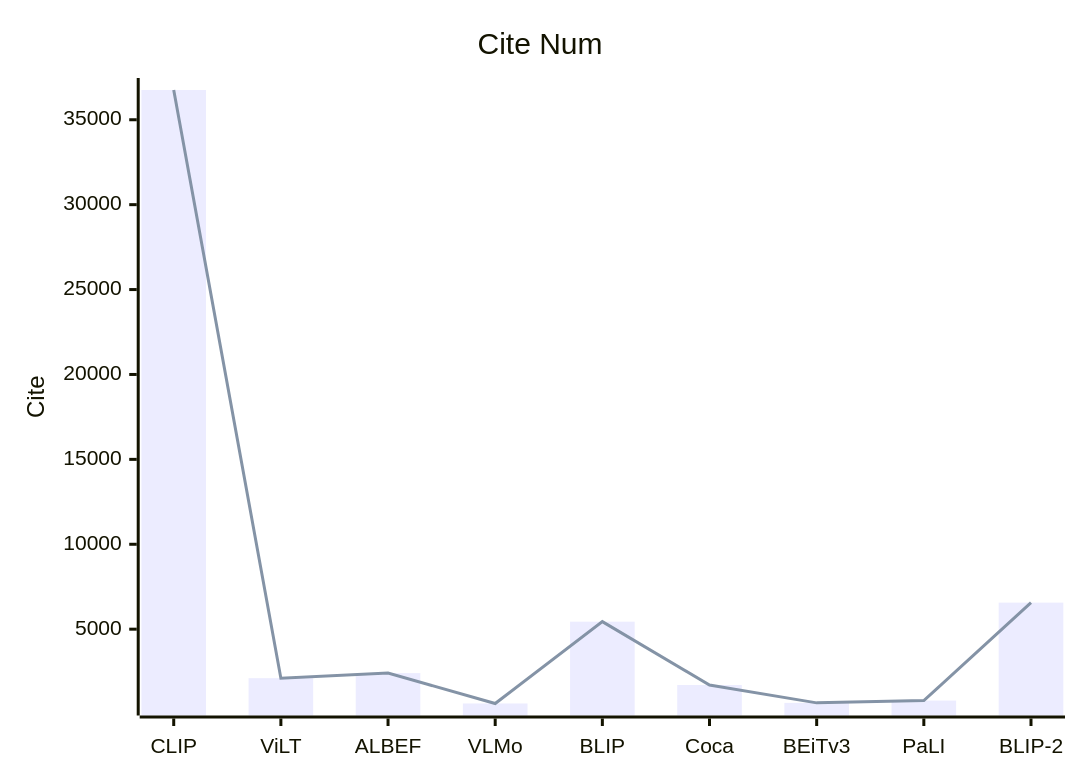
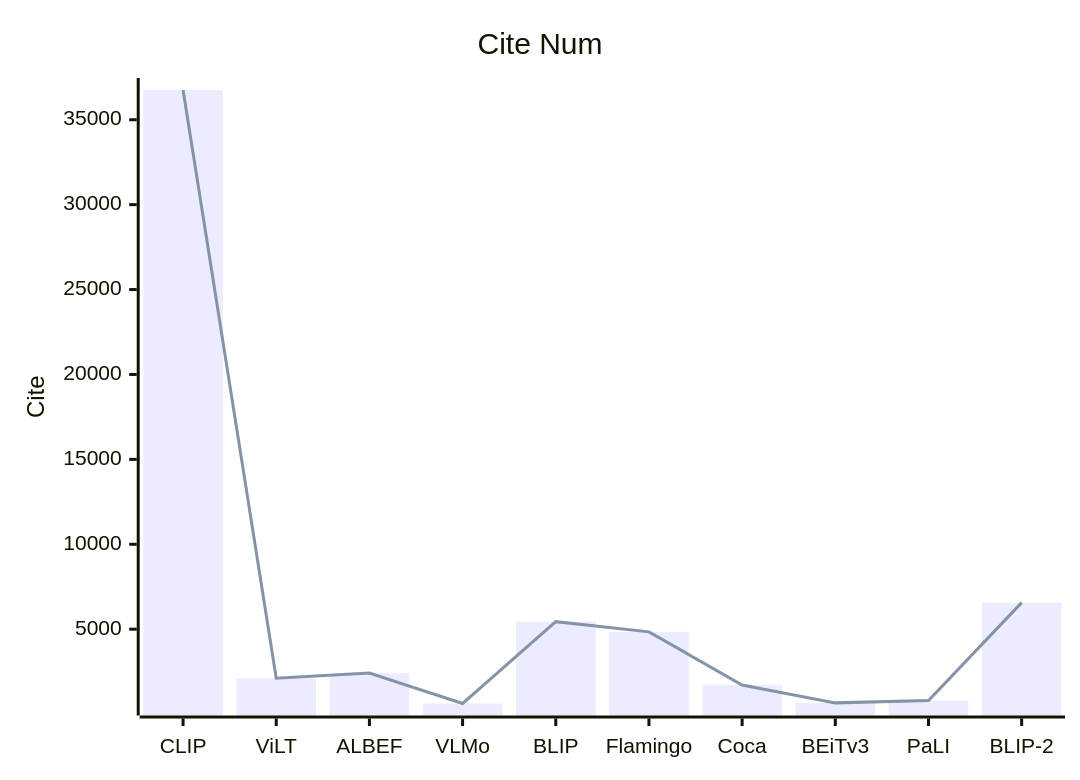
Before and after one commit to Elephant-King9/Paper: the sixth of 6 diagrams in Base_Model/VLM+VLLM/analyse.md, drawn with Mermaid. The commit also changed other lines of this file and 5 other files, not shown here.

````diff
--- a/Base_Model/VLM+VLLM/analyse.md
+++ b/Base_Model/VLM+VLLM/analyse.md
@@ -197,8 +199,8 @@
 ```mermaid
     xychart-beta
     title "Cite Num"
-    x-axis [CLIP, ViLT, ALBEF,VLMo, BLIP,Coca,BEiT v3,PaLI,BLIP-2]
+    x-axis [CLIP, ViLT, ALBEF,VLMo, BLIP,Flamingo,Coca,BEiT v3,PaLI,BLIP-2]
     y-axis "Cite" 
-    bar [36752,2115,2412,623,5442,1710,660,794,6562]
-    line [36752,2115,2412,623,5442,1710,660,794,6562]
+    bar [36752,2115,2412,623,5442,4842,1710,660,794,6562]
+    line [36752,2115,2412,623,5442,4842,1710,660,794,6562]
 ```
````
